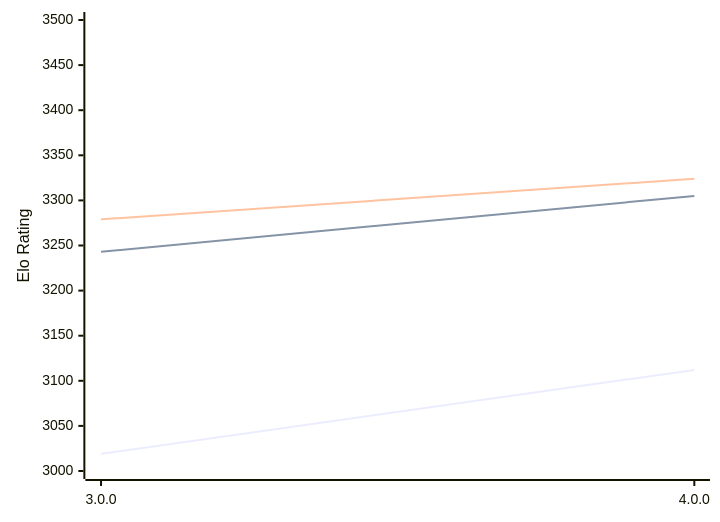
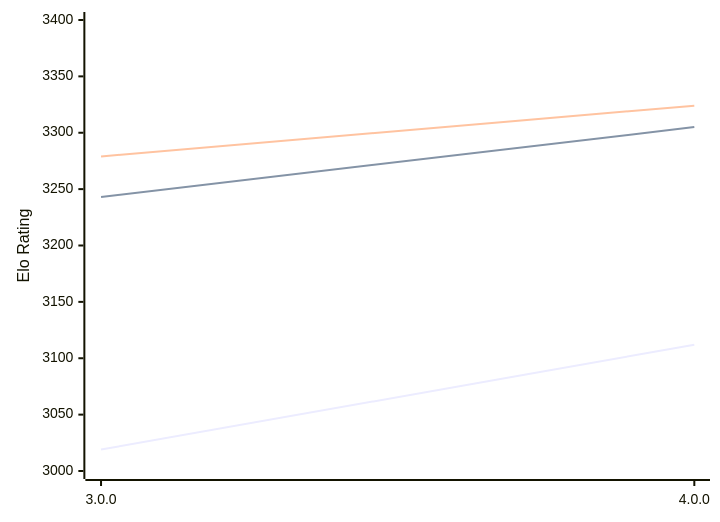
The diagram in engines/Minke.md (computer-chess-index/cci), drawn with Mermaid before and after one commit. The commit also changed other lines of this file, not shown here.

Commit message:
Update CCI Ratings (ELO VLTC) - 2026-02-10

````diff
--- a/engines/Minke.md
+++ b/engines/Minke.md
@@ -31,9 +31,9 @@
 ```mermaid
 %%{init: {"theme":"base","themeVariables":{"seriesColors:['#a3a3a3','#222221','#faa371']}}}%%
 xychart-beta
   x-axis ["3.0.0", "4.0.0"]
-  y-axis "Elo Rating" 3000 --> 3500
+  y-axis "Elo Rating" 3000 --> 3400
   line "STC (8.0+0.08s)" [3019, 3112]
   line "LTC (60.0+0.60s)" [3243, 3305]
   line "VLTC (2m24s+1.12s)" [3279, 3324]
 ```
````
